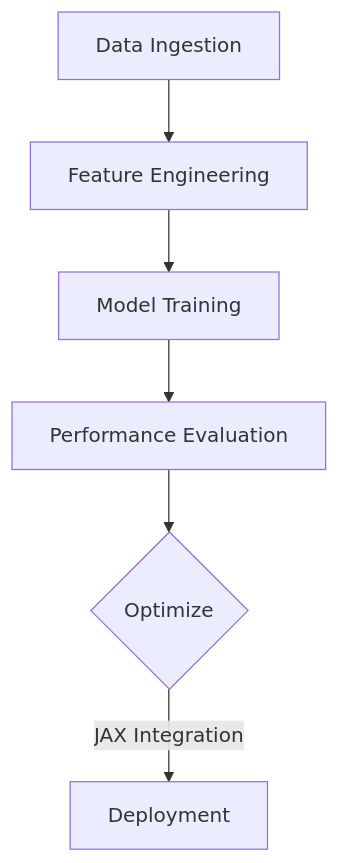
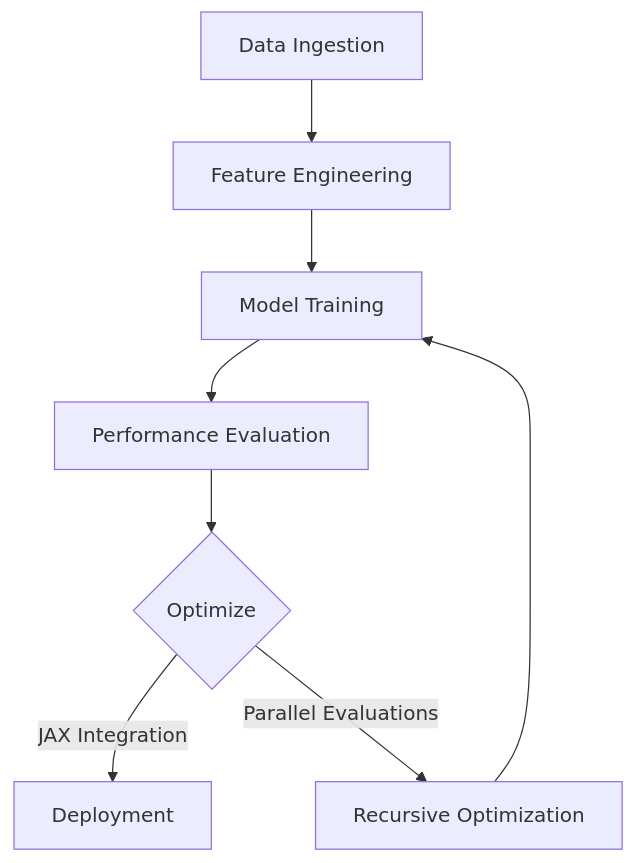
Before and after one commit to jmanhype/stratoptimus-docs: the diagram in project-architecture/machine-learning-models.mdx, drawn with Mermaid. The commit also changed other lines of this file, not shown here.

````diff
--- a/project-architecture/machine-learning-models.mdx
+++ b/project-architecture/machine-learning-models.mdx
@@ -61,8 +62,10 @@
 ```mermaid
 graph TD;
     A[Data Ingestion] --> B[Feature Engineering];
     B --> C[Model Training];
     C --> D[Performance Evaluation];
     D --> E{Optimize};
     E -->|JAX Integration| F[Deployment];
+    E -->|Parallel Evaluations| G[Recursive Optimization];
+    G --> C;
 ```
````
